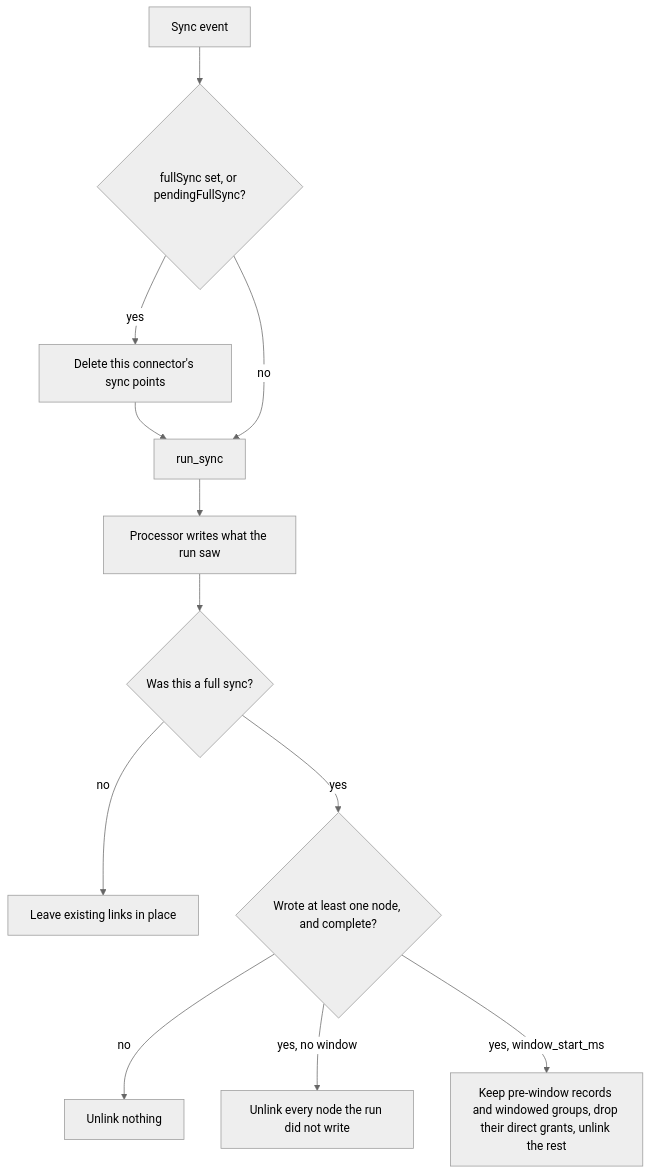
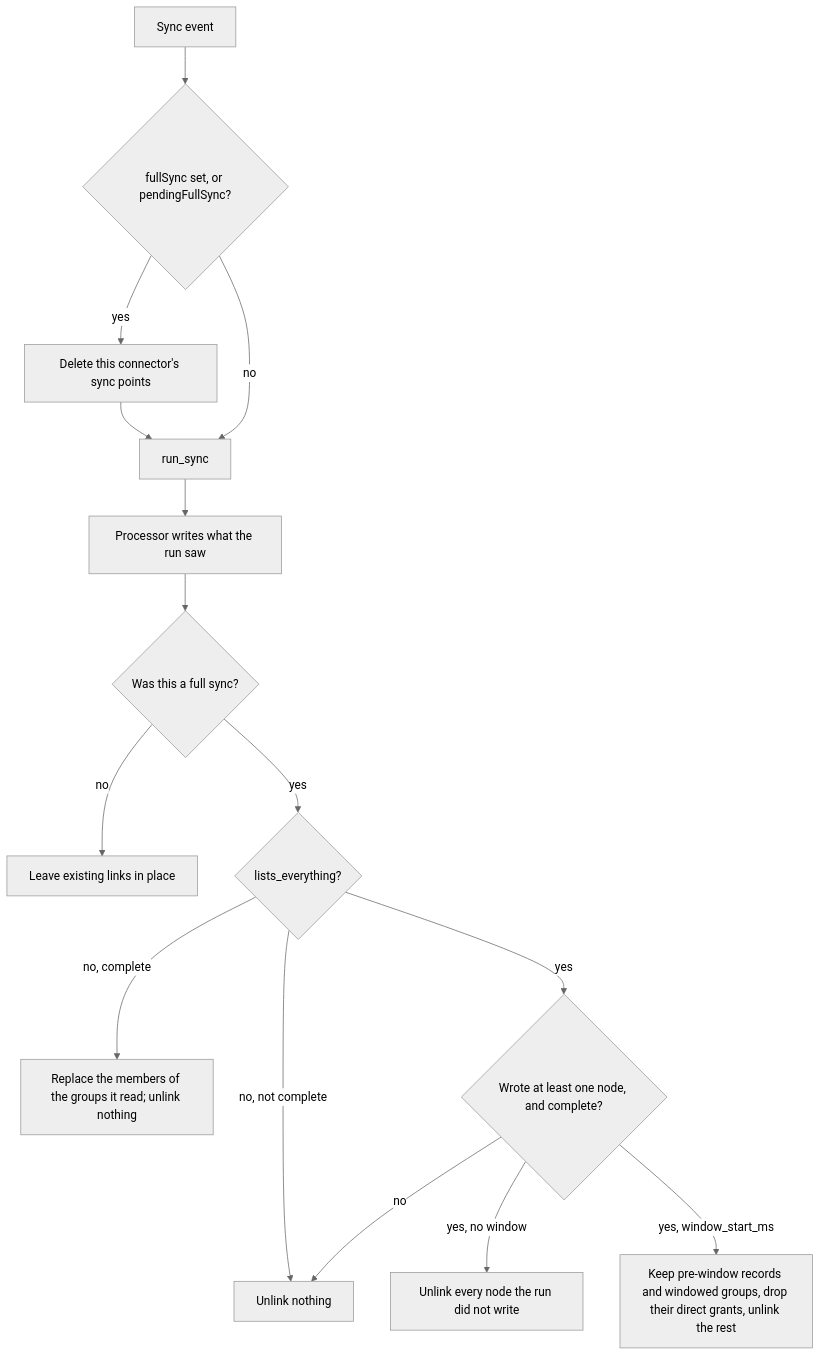
The third of 5 diagrams in docs/connectors/01-high-level-design.md (pipeshub-ai/pipeshub-ai), drawn with Mermaid (neutral theme) before and after one commit. The commit also changed other lines of this file and 9 other files, not shown here.

````diff
--- a/docs/connectors/01-high-level-design.md
+++ b/docs/connectors/01-high-level-design.md
@@ -85,14 +86,17 @@
 ```mermaid
 flowchart TD
   E[Sync event] --> F{fullSync set, or pendingFullSync?}
   F -->|yes| D[Delete this connector's sync points]
   D --> R[run_sync]
   F -->|no| R
   R --> W[Processor writes what the run saw]
   W --> Q{Was this a full sync?}
   Q -->|no| N[Leave existing links in place]
-  Q -->|yes| C{Wrote at least one node, and complete?}
+  Q -->|yes| L{lists_everything?}
+  L -->|no, complete| M[Replace the members of the groups it read; unlink nothing]
+  L -->|no, not complete| K
+  L -->|yes| C{Wrote at least one node, and complete?}
   C -->|no| K[Unlink nothing]
   C -->|yes, no window| U[Unlink every node the run did not write]
   C -->|yes, window_start_ms| Win[Keep pre-window records and windowed groups, drop their direct grants, unlink the rest]
 ```
````
